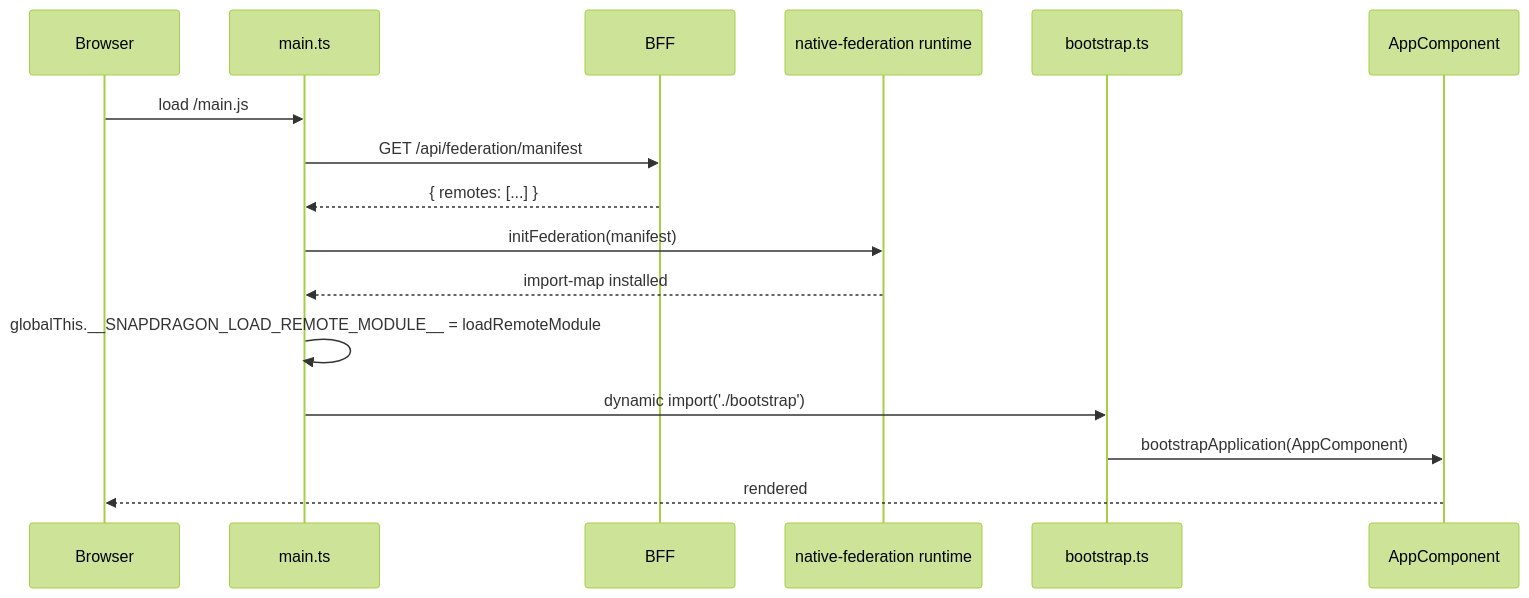
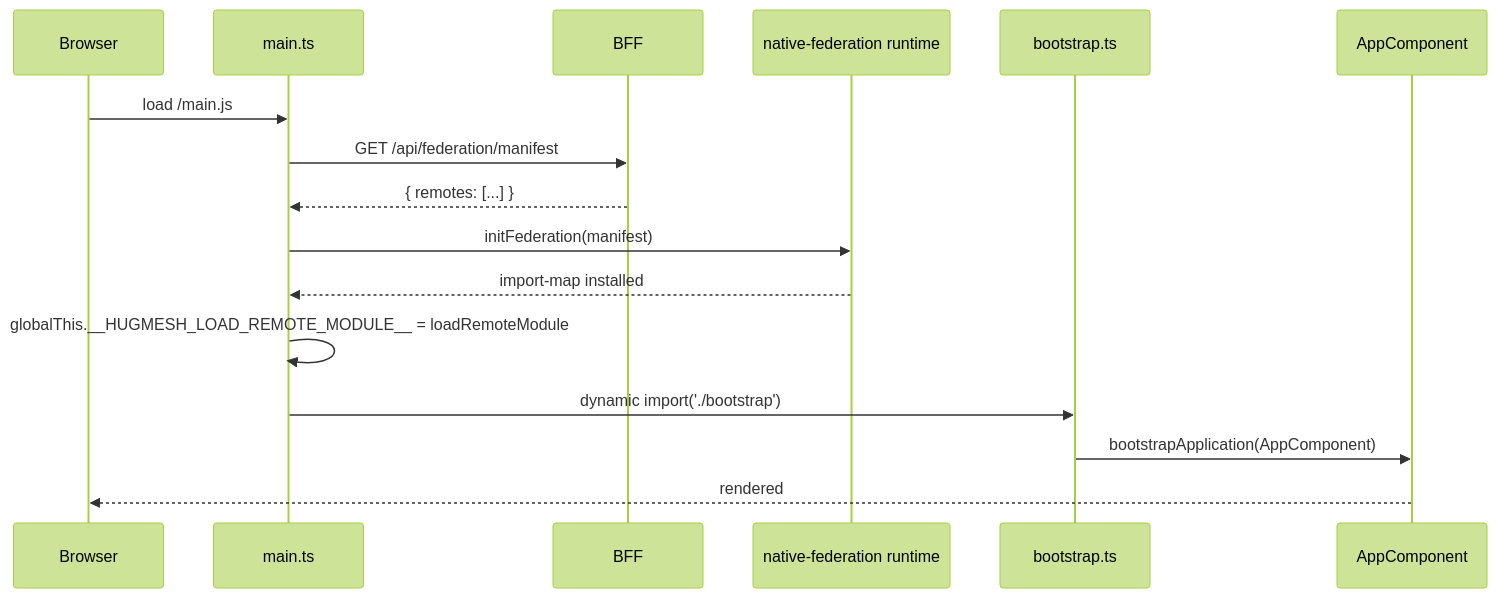
Before and after one commit to hugmesh/hugmesh-games: the diagram in docs/wiki/architecture/03-federation.md, drawn with Mermaid (forest theme). The commit also changed other lines of this file and 1411 other files, not shown here.

First line of the commit message:
rebrand: Snapdragon -> HugMesh (games.snapdragon -> games.hugmesh, crates, frontend, docs) (#122)

````diff
--- a/docs/wiki/architecture/03-federation.md
+++ b/docs/wiki/architecture/03-federation.md
@@ -16,18 +16,18 @@
 ```mermaid
 sequenceDiagram
     participant Browser
     participant main.ts
     participant BFF
     participant Federation as native-federation runtime
     participant bootstrap.ts
     participant App as AppComponent
     Browser->>main.ts: load /main.js
     main.ts->>BFF: GET /api/federation/manifest
     BFF-->>main.ts: { remotes: [...] }
     main.ts->>Federation: initFederation(manifest)
     Federation-->>main.ts: import-map installed
-    main.ts->>main.ts: globalThis.__SNAPDRAGON_LOAD_REMOTE_MODULE__ = loadRemoteModule
+    main.ts->>main.ts: globalThis.__HUGMESH_LOAD_REMOTE_MODULE__ = loadRemoteModule
     main.ts->>bootstrap.ts: dynamic import('./bootstrap')
     bootstrap.ts->>App: bootstrapApplication(AppComponent)
     App-->>Browser: rendered
 ```
````
